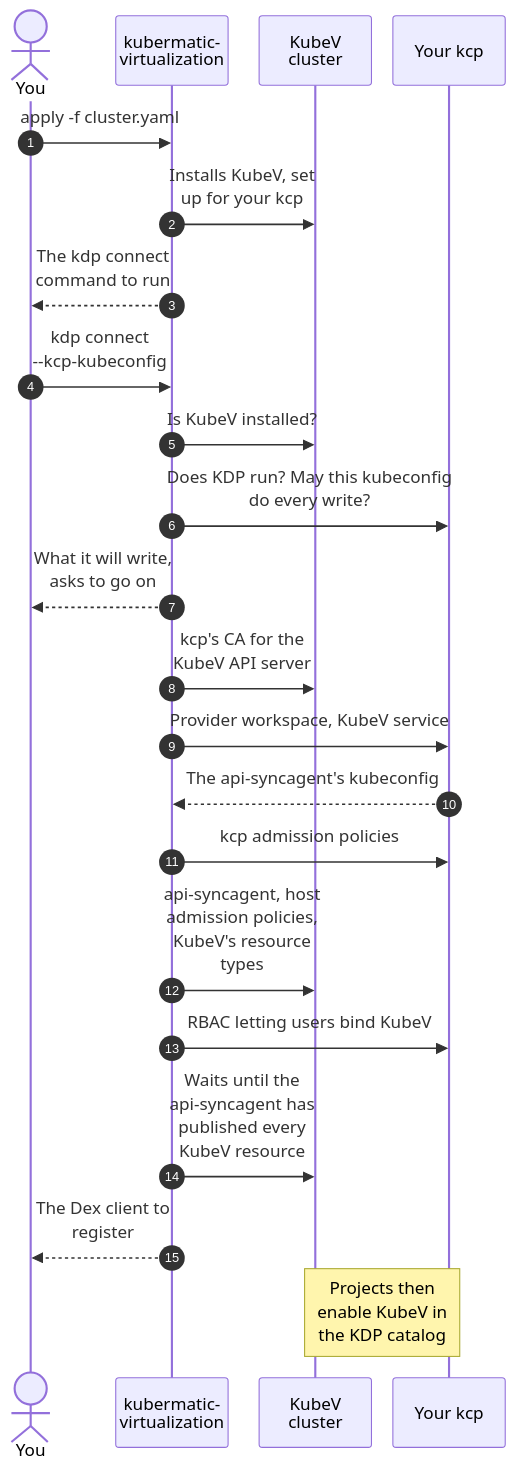
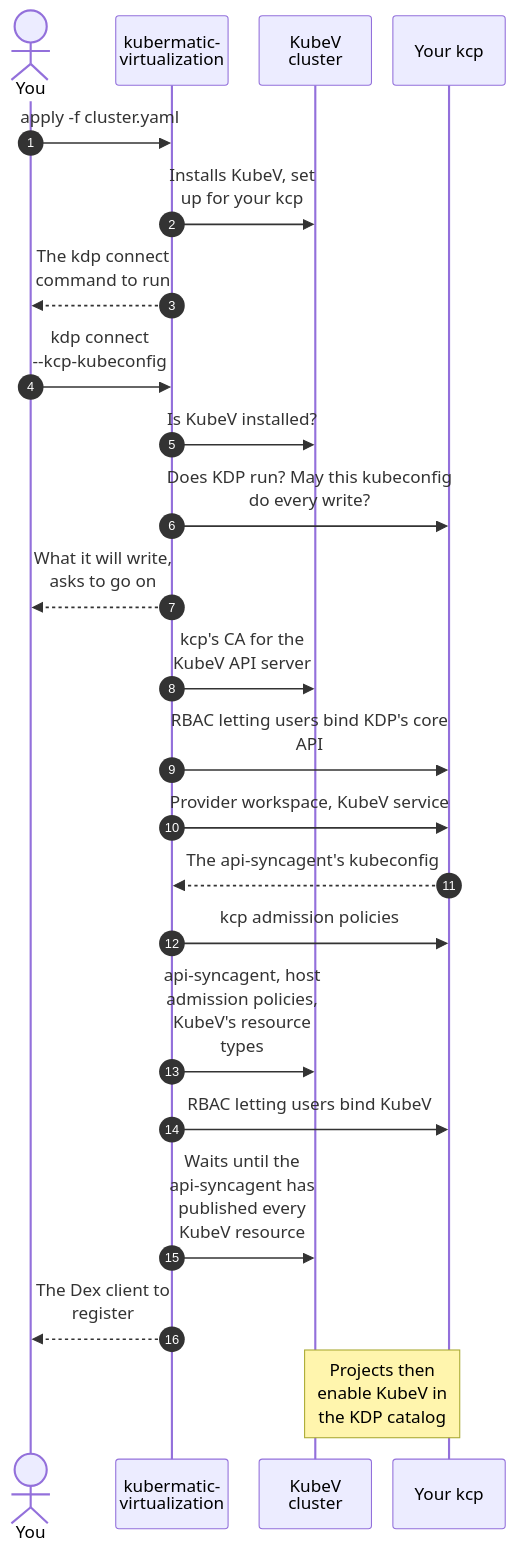
One commit to kubermatic/docs changed the second of 2 diagrams in content/kubermatic-virtualization/main/kdp-integration/installation/external-kdp/_index.en.md. Above: the diagram before and after it, drawn with Mermaid. The commit also changed other lines of this file and 1 other file, not shown here.

First line of the commit message:
Make the bring your own KDP guide match a real kdp connect run

````diff
--- a/content/kubermatic-virtualization/main/kdp-integration/installation/external-kdp/_index.en.md
+++ b/content/kubermatic-virtualization/main/kdp-integration/installation/external-kdp/_index.en.md
@@ -75,34 +75,35 @@
 ```mermaid
 ---
 config:
   sequence:
     wrap: true
     width: 105
     actorMargin: 20
     messageMargin: 30
     noteMargin: 8
 ---
 sequenceDiagram
   autonumber
   actor Op as You
   participant I as kubermatic-<br/>virtualization
   participant H as KubeV<br/>cluster
   participant K as Your kcp
 
   Op->>I: apply -f cluster.yaml
   I->>H: Installs KubeV, set up for your kcp
   I-->>Op: The kdp connect command to run
   Op->>I: kdp connect --kcp-kubeconfig
   I->>H: Is KubeV installed?
   I->>K: Does KDP run? May this kubeconfig do every write?
   I-->>Op: What it will write, asks to go on
   I->>H: kcp's CA for the KubeV API server
+  I->>K: RBAC letting users bind KDP's core API
   I->>K: Provider workspace, KubeV service
   K-->>I: The api-syncagent's kubeconfig
   I->>K: kcp admission policies
   I->>H: api-syncagent, host admission policies, KubeV's resource types
   I->>K: RBAC letting users bind KubeV
   I->>H: Waits until the api-syncagent has published every KubeV resource
   I-->>Op: The Dex client to register
   Note over H,K: Projects then enable KubeV in the KDP catalog
 ```
````
